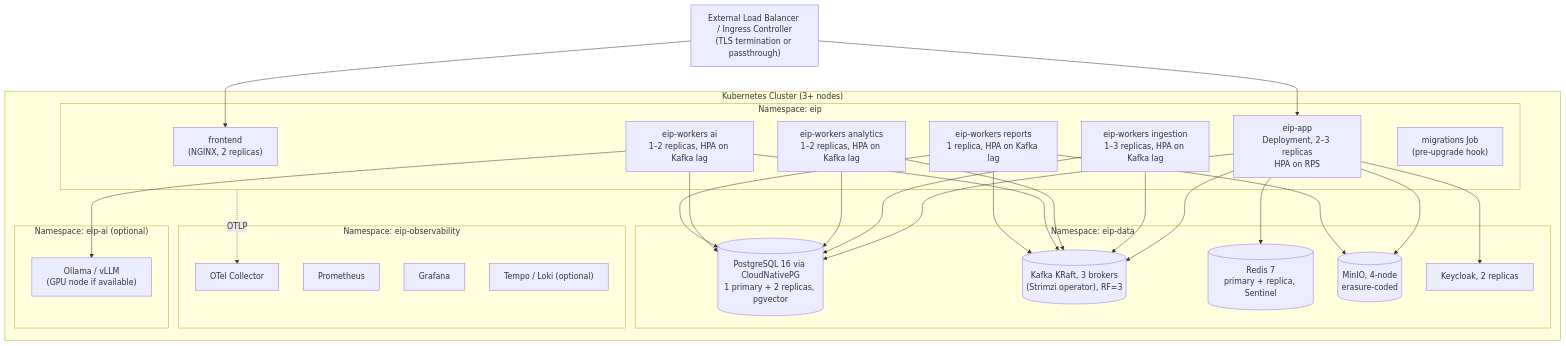
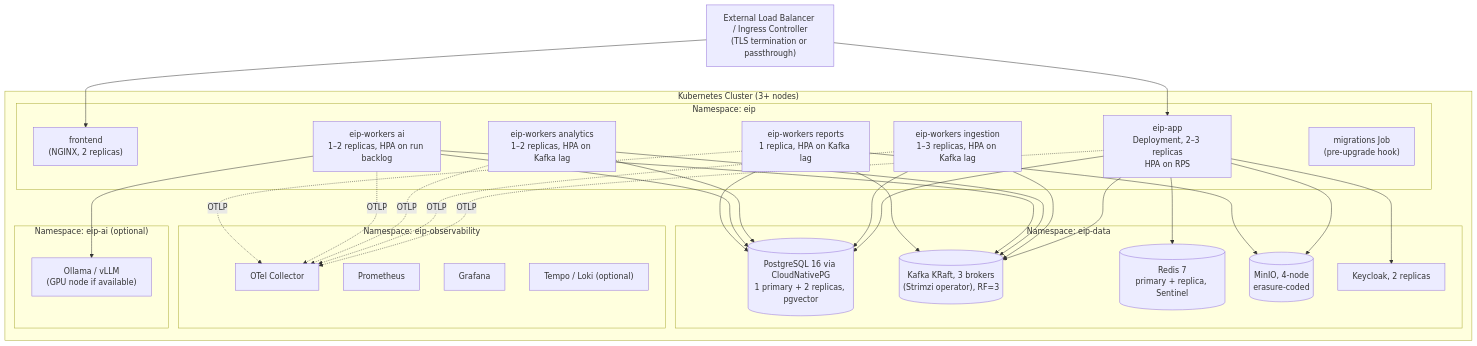
The second of 4 diagrams in docs/architecture/DeploymentModel.md (aliemrahpekesen/eKingProducitivtyMeter), drawn with Mermaid before and after one commit. The commit also changed other lines of this file and 81 other files, not shown here.

````diff
--- a/docs/architecture/DeploymentModel.md
+++ b/docs/architecture/DeploymentModel.md
@@ -78,37 +79,37 @@
 ```mermaid
 flowchart TB
     LB["External Load Balancer / Ingress Controller<br/>(TLS termination or passthrough)"]
     subgraph K8S["Kubernetes Cluster (3+ nodes)"]
         subgraph NSAPP["Namespace: eip"]
             FE["frontend<br/>(NGINX, 2 replicas)"]
             APP["eip-app<br/>Deployment, 2–3 replicas<br/>HPA on RPS"]
             WING["eip-workers ingestion<br/>1–3 replicas, HPA on Kafka lag"]
             WANA["eip-workers analytics<br/>1–2 replicas, HPA on Kafka lag"]
-            WAI["eip-workers ai<br/>1–2 replicas, HPA on Kafka lag"]
+            WAI["eip-workers ai<br/>1–2 replicas, HPA on run backlog"]
             WREP["eip-workers reports<br/>1 replica, HPA on Kafka lag"]
             MIG["migrations Job<br/>(pre-upgrade hook)"]
         end
         subgraph NSDATA["Namespace: eip-data"]
             CNPG[("PostgreSQL 16 via CloudNativePG<br/>1 primary + 2 replicas, pgvector")]
             KAFKA[("Kafka KRaft, 3 brokers<br/>(Strimzi operator), RF=3")]
             REDIS[("Redis 7<br/>primary + replica, Sentinel")]
             MINIO[("MinIO, 4-node<br/>erasure-coded")]
             KC["Keycloak, 2 replicas"]
         end
         subgraph NSOBS["Namespace: eip-observability"]
             OTEL["OTel Collector"]
             PROM["Prometheus"]
             GRAF["Grafana"]
             TEMPO["Tempo / Loki (optional)"]
         end
         subgraph NSAI["Namespace: eip-ai (optional)"]
             VLLM["Ollama / vLLM<br/>(GPU node if available)"]
         end
     end
     LB --> FE & APP
     APP --> CNPG & REDIS & KAFKA & MINIO & KC
     WING & WANA & WAI & WREP --> KAFKA & CNPG
     WAI --> VLLM
     WREP --> MINIO
-    NSAPP -. OTLP .-> OTEL
+    APP & WING & WANA & WAI & WREP -. OTLP .-> OTEL
 ```
````
